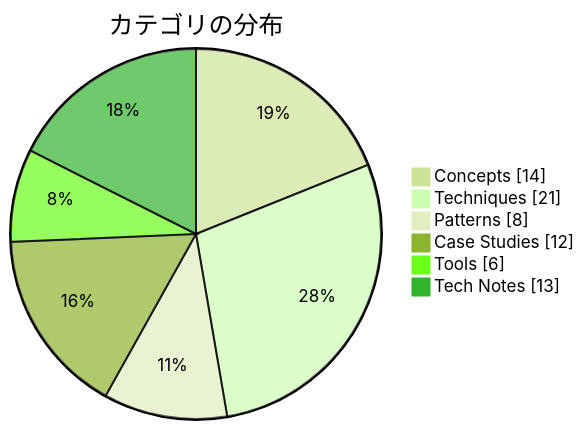
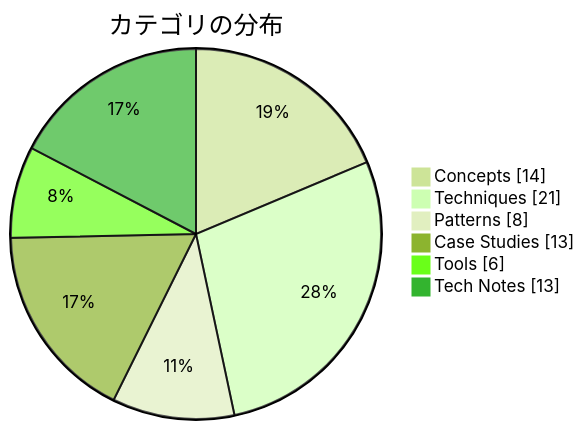
The second of 2 diagrams in docs/index.md (dinekt/dinekt-wiki), drawn with Mermaid (forest theme) before and after one commit. The commit also changed other lines of this file and 4 other files, not shown here.

````diff
--- a/docs/index.md
+++ b/docs/index.md
@@ -37,9 +37,9 @@
 ```mermaid
 pie showData title カテゴリの分布
     "Concepts" : 14
     "Techniques" : 21
     "Patterns" : 8
-    "Case Studies" : 12
+    "Case Studies" : 13
     "Tools" : 6
     "Tech Notes" : 13
 ```
````
